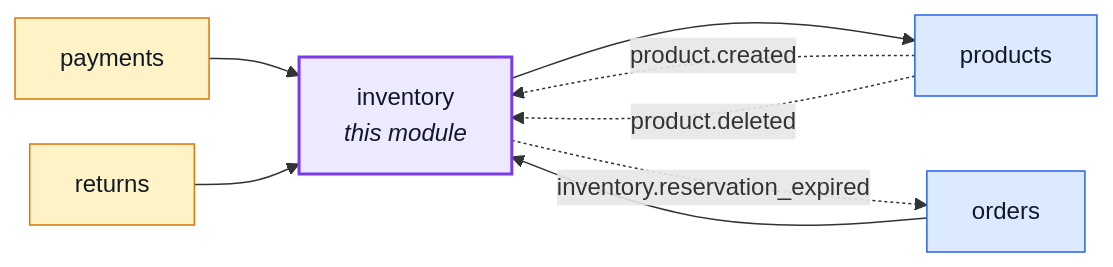
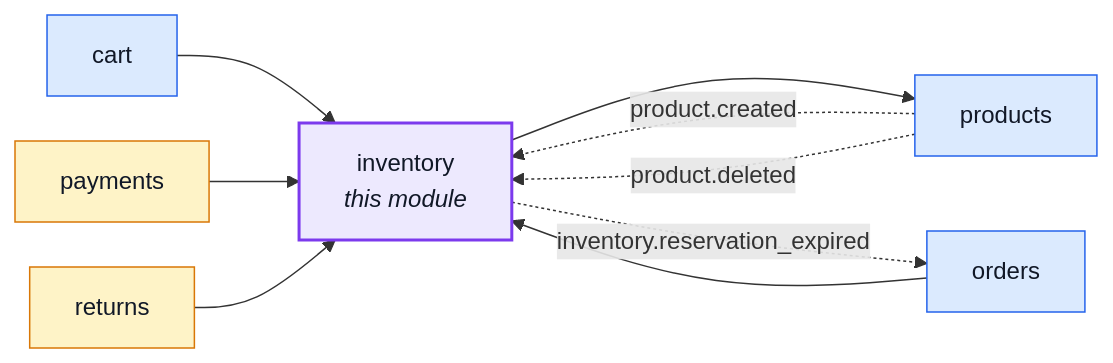
One commit to Guebbit/boilerplate-node-backend changed the first of 2 diagrams in docs/modules/inventory.md. Above: the diagram before and after it, drawn with Mermaid. The commit also changed 8 other files, not shown here.

````diff
--- a/docs/modules/inventory.md
+++ b/docs/modules/inventory.md
@@ -18,25 +18,27 @@
 ```mermaid
 %%{init: {'flowchart': {'nodeSpacing': 30, 'rankSpacing': 60}}}%%
 flowchart LR
     inventory["inventory<br/><i>this module</i>"]
+    cart["cart"]
     orders["orders"]
     payments["payments"]
     products["products"]
     returns["returns"]
 
+    cart --> inventory
     orders --> inventory
     payments --> inventory
     returns --> inventory
     inventory --> products
     products -. "product.created" .-> inventory
     products -. "product.deleted" .-> inventory
     inventory -. "inventory.reservation_expired" .-> orders
 
     classDef core fill:#dbeafe,stroke:#2563eb,color:#111827;
     classDef supporting fill:#fef3c7,stroke:#d97706,color:#111827;
     classDef generic fill:#dcfce7,stroke:#16a34a,color:#111827;
     classDef centre fill:#ede9fe,stroke:#7c3aed,stroke-width:2px,color:#111827;
-    class orders,products core;
+    class cart,orders,products core;
     class payments,returns supporting;
     class inventory centre;
 ```
````
